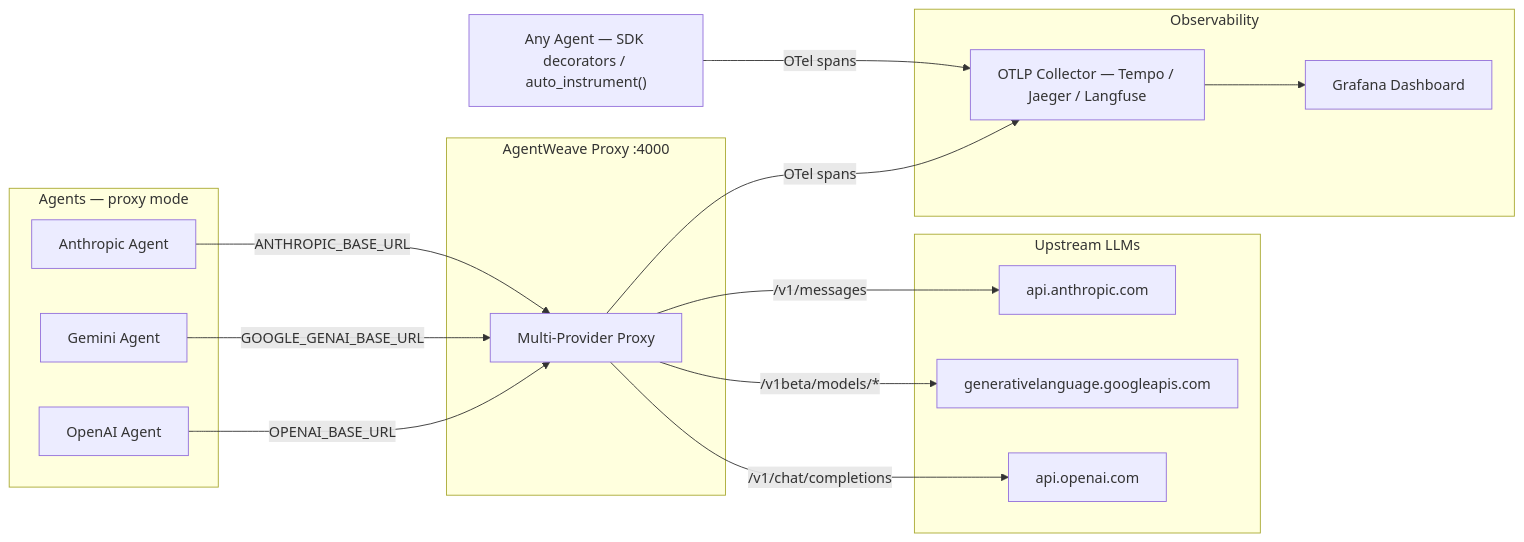
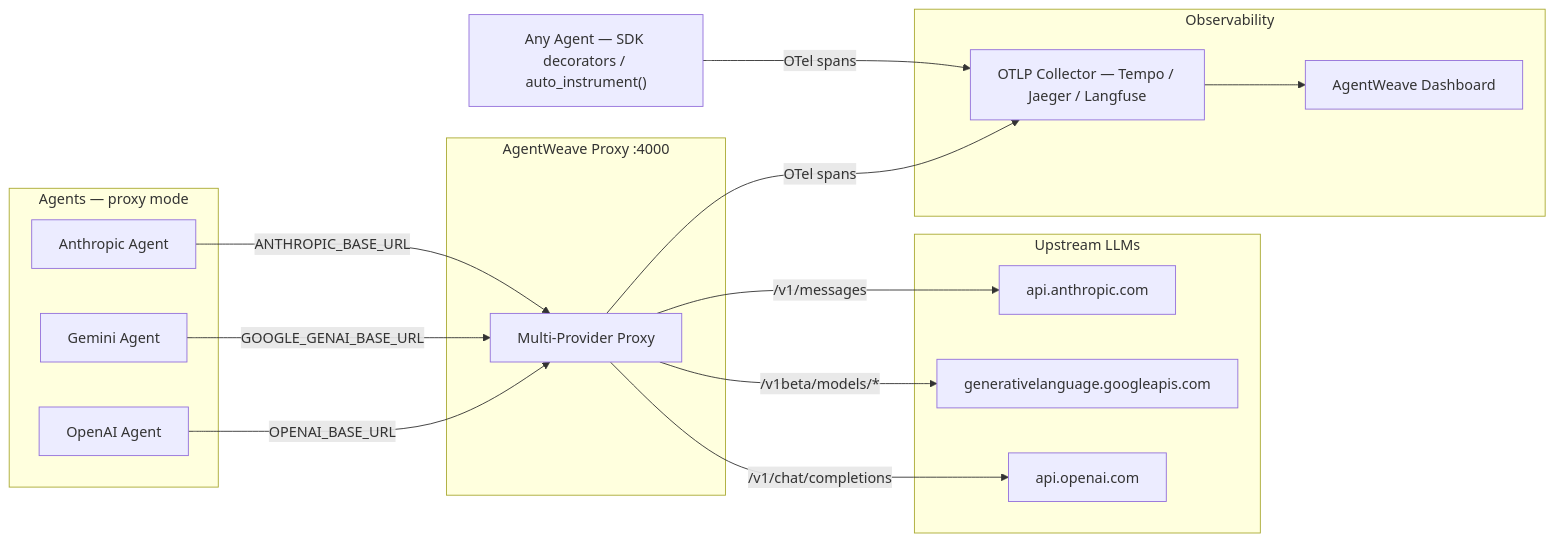
One commit to arniesaha/agentweave changed the diagram in README.md. Above: the diagram before and after it, drawn with Mermaid. The commit also changed other lines of this file and 2 other files, not shown here.

````diff
--- a/README.md
+++ b/README.md
@@ -21,36 +21,36 @@
 ```mermaid
 graph LR
     subgraph Agents["Agents — proxy mode"]
         A1["Anthropic Agent"]
         A2["Gemini Agent"]
         A3["OpenAI Agent"]
     end
 
     SDK["Any Agent — SDK decorators / auto_instrument()"]
 
     subgraph Proxy["AgentWeave Proxy :4000"]
         P["Multi-Provider Proxy"]
     end
 
     subgraph LLMs["Upstream LLMs"]
         AN[api.anthropic.com]
         GO[generativelanguage.googleapis.com]
         OA[api.openai.com]
     end
 
     subgraph Observability
         OT["OTLP Collector — Tempo / Jaeger / Langfuse"]
-        GR["Grafana Dashboard"]
+        GR["AgentWeave Dashboard"]
     end
 
     A1 -- "ANTHROPIC_BASE_URL" --> P
     A2 -- "GOOGLE_GENAI_BASE_URL" --> P
     A3 -- "OPENAI_BASE_URL" --> P
     SDK -- "OTel spans" --> OT
 
     P -- "/v1/messages" --> AN
     P -- "/v1beta/models/*" --> GO
     P -- "/v1/chat/completions" --> OA
     P -- "OTel spans" --> OT
     OT --> GR
 ```
````
